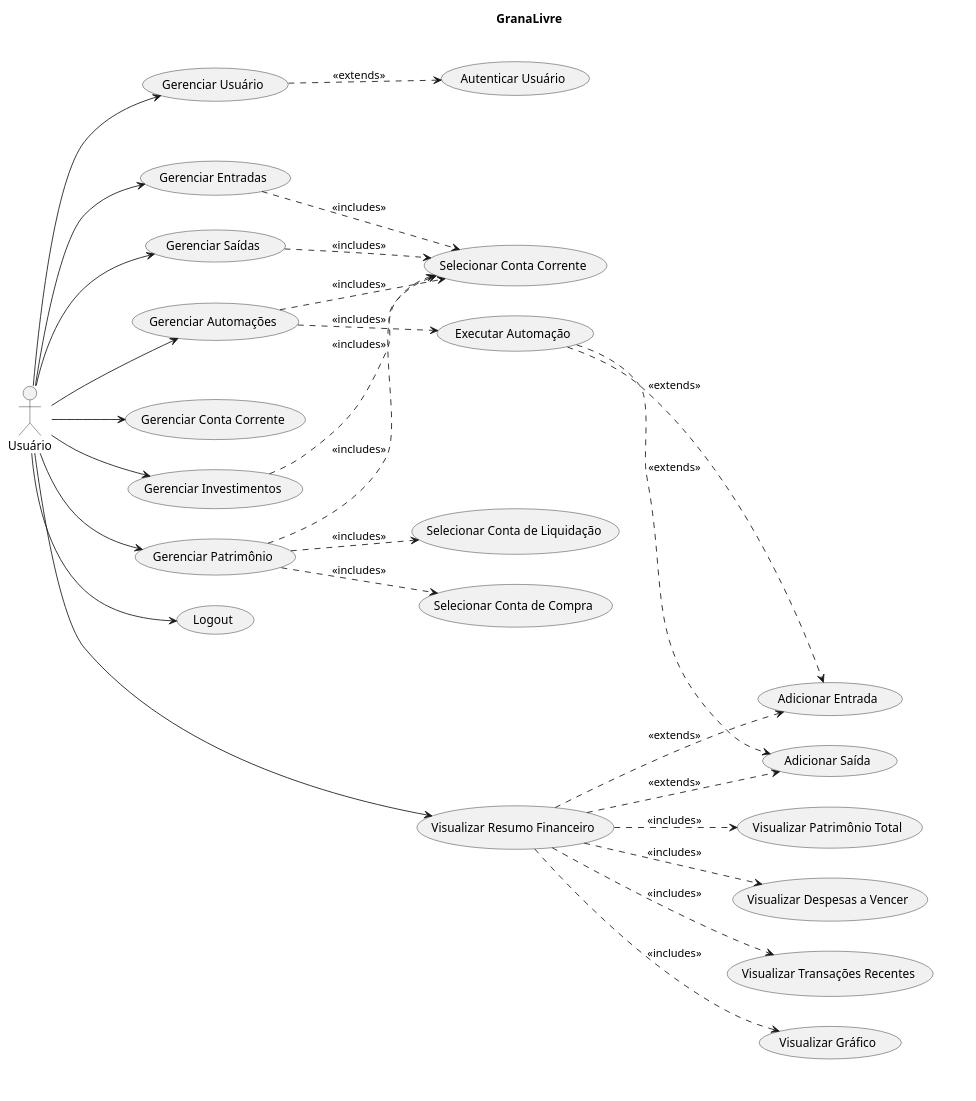
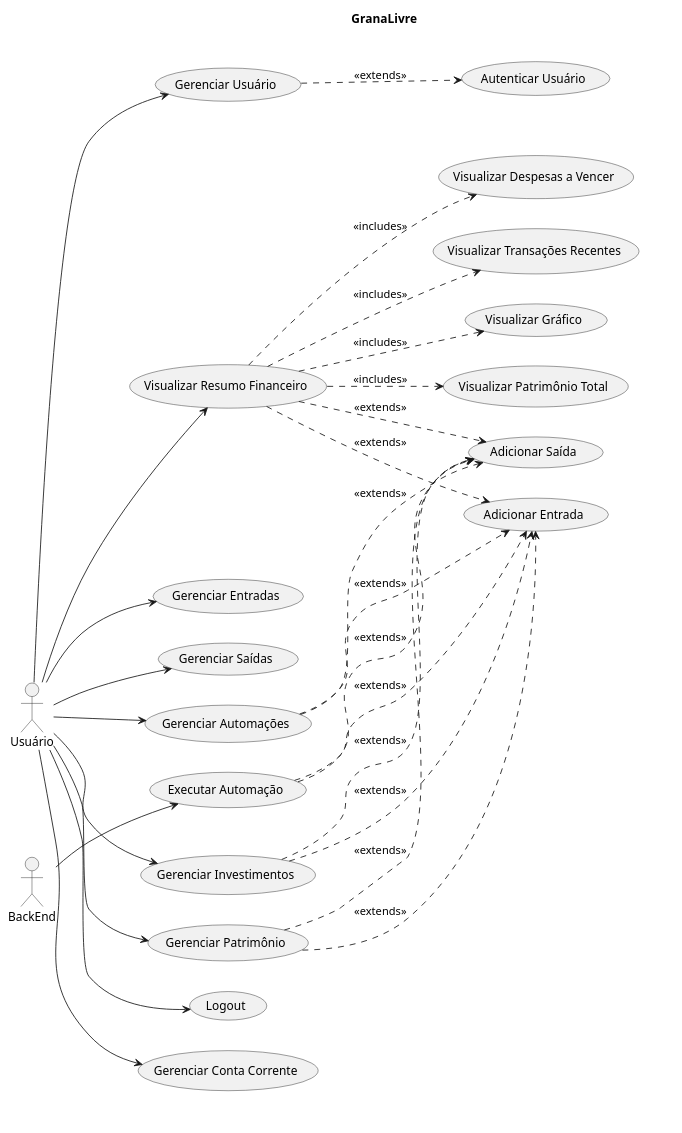
One commit to fromcaio/granalivre changed the diagram in doc/diagramas/diagrama-casos-de-uso.plantuml. Above: the diagram before and after it, drawn with PlantUML. The commit also changed 1 other file, not shown here.

Commit message:
Corrigindo os diagramas

```diff
--- a/doc/diagramas/diagrama-casos-de-uso.plantuml
+++ b/doc/diagramas/diagrama-casos-de-uso.plantuml
@@ -1,98 +1,92 @@
 @startuml GranaLivreUseCases
 left to right direction
 
 skinparam packageBorderColor transparent
 skinparam packageBackgroundColor transparent
 
 actor "Usuário" as User
+actor "BackEnd" as Sistema
 
 rectangle "GranaLivre" {
 
     ' ----------------------
     ' Bloco: Usuário
     ' ----------------------
     rectangle {
         usecase "Gerenciar Usuário" as UC_GerenciarUsuario
         usecase "Autenticar Usuário" as UC_AutenticarUsuario
         UC_GerenciarUsuario ..> UC_AutenticarUsuario : <<extends>>
     }
 
     ' ----------------------
     ' Bloco: Resumo Financeiro
     ' ----------------------
     rectangle {
         usecase "Visualizar Resumo Financeiro" as UC_Resumo
         usecase "Visualizar Gráfico" as UC_GraficoResumo
         usecase "Visualizar Transações Recentes" as UC_TransacoesRecentes
         usecase "Visualizar Despesas a Vencer" as UC_DespesasVencer
         usecase "Visualizar Patrimônio Total" as UC_PatrimonioTotal
         usecase "Adicionar Entrada" as UC_AdicionarEntrada
         usecase "Adicionar Saída" as UC_AdicionarSaida
 
         ' relações internas
         UC_Resumo ..> UC_GraficoResumo : <<includes>>
         UC_Resumo ..> UC_TransacoesRecentes : <<includes>>
         UC_Resumo ..> UC_DespesasVencer : <<includes>>
         UC_Resumo ..> UC_PatrimonioTotal : <<includes>>
         UC_Resumo ..> UC_AdicionarEntrada : <<extends>>
-        UC_Resumo ..> UC_AdicionarSaida : <<extends>>
+        UC_Resumo ..> UC_AdicionarSaida : <<extends >>
     }
 
     ' ----------------------
     ' Bloco: Movimentações
     ' ----------------------
     rectangle {
         usecase "Gerenciar Entradas" as UC_Entradas
         usecase "Gerenciar Saídas" as UC_Saidas
         usecase "Gerenciar Automações" as UC_Automacoes
 
-        ' Relações entre movimentações e contas
-        usecase "Selecionar Conta Corrente" as UC_SelecionarConta
-
-        UC_Entradas ..> UC_SelecionarConta : <<includes>>
-        UC_Saidas ..> UC_SelecionarConta : <<includes>>
-        UC_Automacoes ..> UC_SelecionarConta : <<includes>>
+        UC_Automacoes ..> UC_AdicionarEntrada : <<extends>>
+        UC_Automacoes ..> UC_AdicionarSaida : <<extends>>
 
         ' Quando a automação executa, pode gerar uma entrada ou saída
         usecase "Executar Automação" as UC_ExecutarAutomacao
-        UC_Automacoes ..> UC_ExecutarAutomacao : <<includes>>
         UC_ExecutarAutomacao ..> UC_AdicionarEntrada : <<extends>>
         UC_ExecutarAutomacao ..> UC_AdicionarSaida : <<extends>>
     }
 
     ' ----------------------
     ' Bloco: Conta Corrente, Investimentos e Patrimônio
     ' ----------------------
     rectangle {
         usecase "Gerenciar Conta Corrente" as UC_ContaCorrente
         usecase "Gerenciar Investimentos" as UC_Investimentos
         usecase "Gerenciar Patrimônio" as UC_Patrimonio
         usecase "Logout" as UC_Sair
 
-        ' Relações entre esses módulos
-        UC_Investimentos ..> UC_SelecionarConta : <<includes>>
-        UC_Patrimonio ..> UC_SelecionarConta : <<includes>>
-
-        ' Patrimônio ligado à conta de compra e à conta de liquidação
-        usecase "Selecionar Conta de Compra" as UC_ContaCompra
-        usecase "Selecionar Conta de Liquidação" as UC_ContaLiquidacao
-
-        UC_Patrimonio ..> UC_ContaCompra : <<includes>>
-        UC_Patrimonio ..> UC_ContaLiquidacao : <<includes>>
+        
+        UC_Patrimonio ..> UC_AdicionarEntrada : <<extends>>
+        UC_Patrimonio ..> UC_AdicionarSaida : <<extends>>
+        
+        UC_Investimentos ..> UC_AdicionarEntrada : <<extends>>
+        UC_Investimentos ..> UC_AdicionarSaida : <<extends>>
     }
 }
 
 ' ----------------------
 ' Ligações com o ator
 ' ----------------------
+
+Sistema --> UC_ExecutarAutomacao
 User --> UC_GerenciarUsuario
 User --> UC_Resumo
 User --> UC_Entradas
 User --> UC_Saidas
 User --> UC_Automacoes
 User --> UC_ContaCorrente
 User --> UC_Investimentos
 User --> UC_Patrimonio
 User --> UC_Sair
 
 @enduml
```
